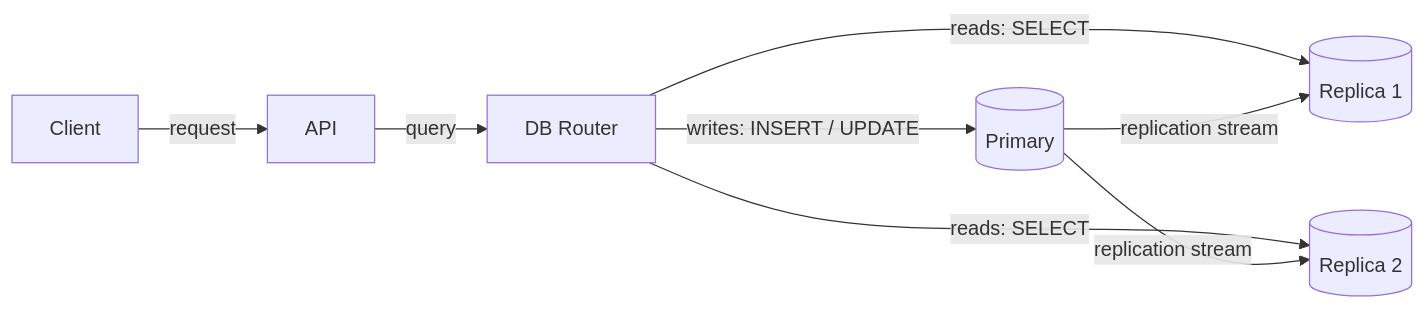
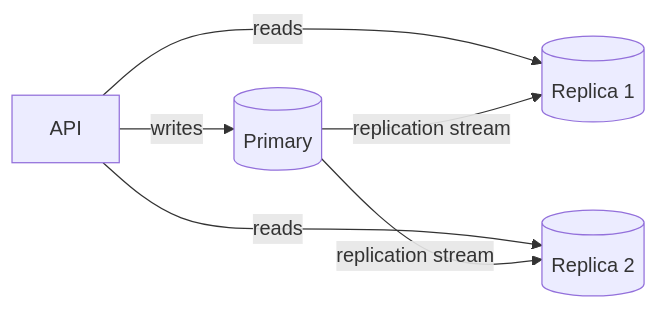
The diagram in hld/12-scaling-databases.md (aaryan-pradhan/core-cs-fundamentals), drawn with Mermaid before and after one commit. The commit also changed other lines of this file, not shown here.

````diff
--- a/hld/12-scaling-databases.md
+++ b/hld/12-scaling-databases.md
@@ -167,10 +27,8 @@
 ```mermaid
 flowchart LR
-    C["Client"] -->|"request"| A["API"]
-    A -->|"query"| R["DB Router"]
-    R -->|"writes: INSERT / UPDATE"| P[("Primary")]
-    R -->|"reads: SELECT"| R1[("Replica 1")]
-    R -->|"reads: SELECT"| R2[("Replica 2")]
+    A["API"] -->|"writes"| P[("Primary")]
+    A -->|"reads"| R1[("Replica 1")]
+    A -->|"reads"| R2[("Replica 2")]
     P -->|"replication stream"| R1
     P -->|"replication stream"| R2
 ```
````
